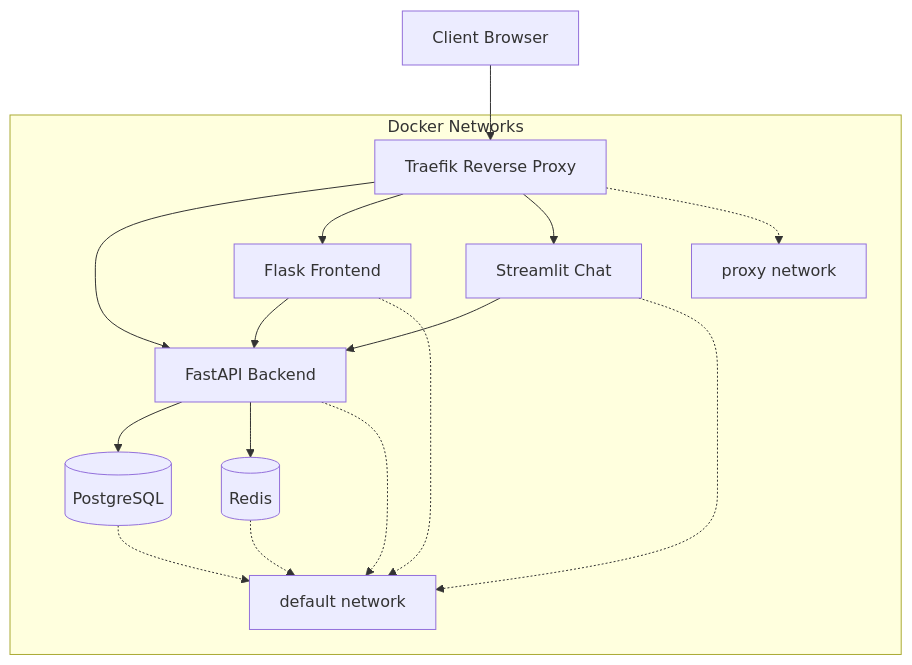
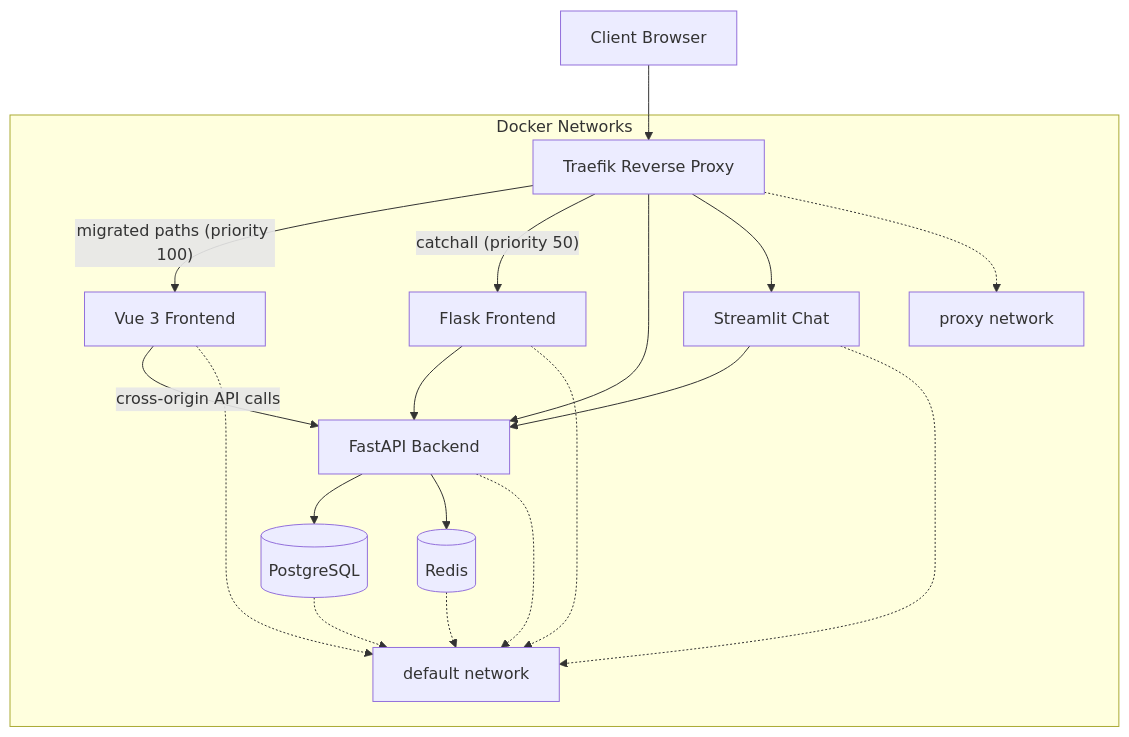
One commit to datapointchris/ichrisbirch changed the diagram in docs/traefik-deployment.md. Above: the diagram before and after it, drawn with Mermaid. The commit also changed other lines of this file and 12 other files, not shown here.

First line of the commit message:
docs: update documentation for hybrid Flask+Vue architecture

````diff
--- a/docs/traefik-deployment.md
+++ b/docs/traefik-deployment.md
@@ -118,20 +118,23 @@
 ```mermaid
 graph TB
     Client[Client Browser] --> Traefik[Traefik Reverse Proxy]
+    Traefik -->|"migrated paths (priority 100)"| VUE[Vue 3 Frontend]
+    Traefik -->|"catchall (priority 50)"| APP[Flask Frontend]
     Traefik --> API[FastAPI Backend]
-    Traefik --> APP[Flask Frontend]
     Traefik --> CHAT[Streamlit Chat]
+    VUE -->|"cross-origin API calls"| API
     API --> DB[(PostgreSQL)]
     API --> CACHE[(Redis)]
     APP --> API
     CHAT --> API
 
     subgraph "Docker Networks"
         Traefik -.-> PROXY[proxy network]
         API -.-> DEFAULT[default network]
         APP -.-> DEFAULT
+        VUE -.-> DEFAULT
         CHAT -.-> DEFAULT
         DB -.-> DEFAULT
         CACHE -.-> DEFAULT
     end
 ```
````
